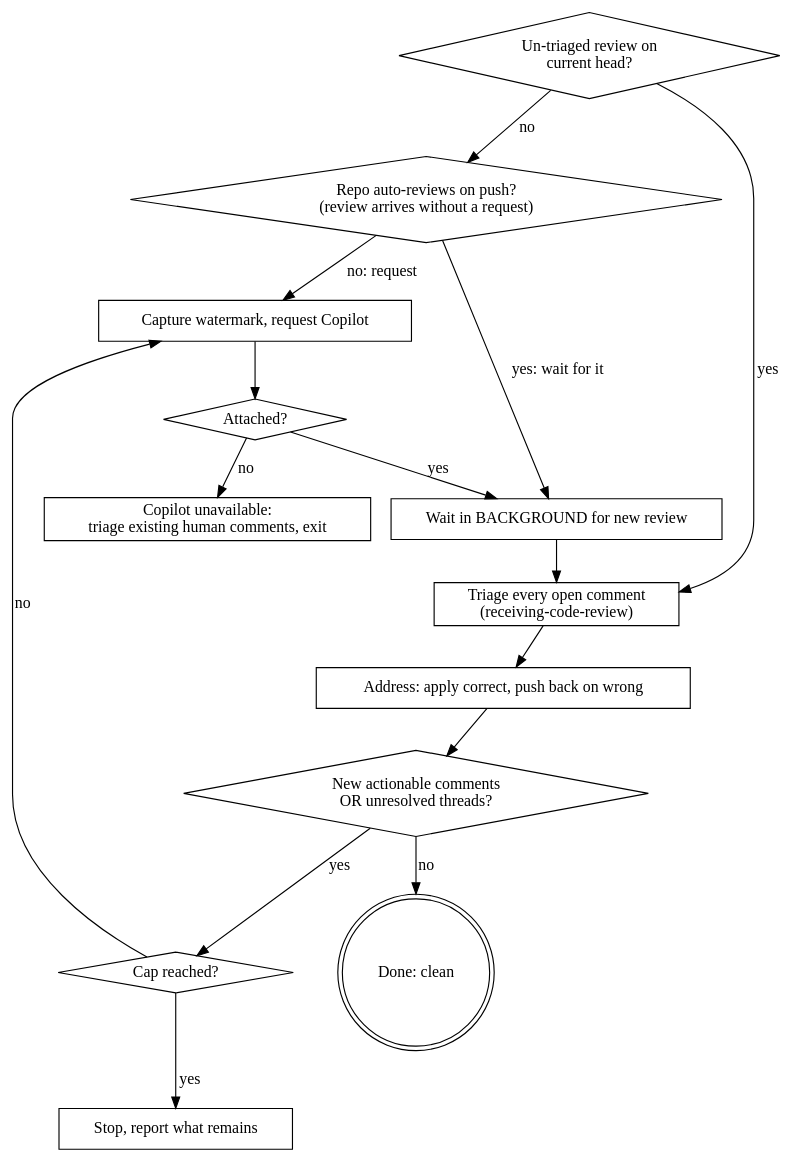
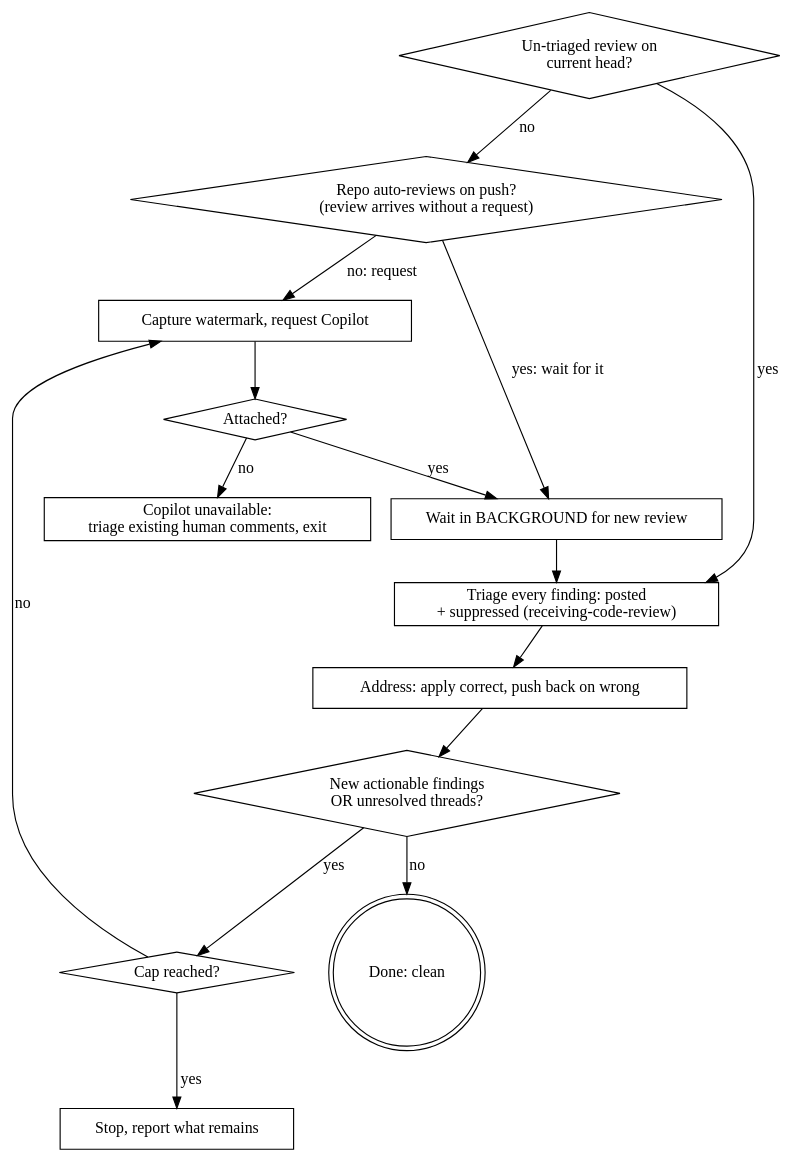
One commit to sourcehawk/feature-dev-workflow changed the diagram in skills/copilot-review-loop/SKILL.md. Above: the diagram before and after it, drawn with Graphviz. The commit also changed other lines of this file, not shown here.

First line of the commit message:
fix(skills/copilot-review-loop): stop declaring clean on unread findings (#32)

````diff
--- a/skills/copilot-review-loop/SKILL.md
+++ b/skills/copilot-review-loop/SKILL.md
@@ -40,31 +61,31 @@
 ```dot
 digraph review_loop {
     "Un-triaged review on\ncurrent head?" [shape=diamond];
     "Repo auto-reviews on push?\n(review arrives without a request)" [shape=diamond];
     "Capture watermark, request Copilot" [shape=box];
     "Attached?" [shape=diamond];
     "Copilot unavailable:\ntriage existing human comments, exit" [shape=box];
     "Wait in BACKGROUND for new review" [shape=box];
-    "Triage every open comment\n(receiving-code-review)" [shape=box];
+    "Triage every finding: posted\n+ suppressed (receiving-code-review)" [shape=box];
     "Address: apply correct, push back on wrong" [shape=box];
-    "New actionable comments\nOR unresolved threads?" [shape=diamond];
+    "New actionable findings\nOR unresolved threads?" [shape=diamond];
     "Cap reached?" [shape=diamond];
     "Done: clean" [shape=doublecircle];
     "Stop, report what remains" [shape=box];
 
-    "Un-triaged review on\ncurrent head?" -> "Triage every open comment\n(receiving-code-review)" [label="yes"];
+    "Un-triaged review on\ncurrent head?" -> "Triage every finding: posted\n+ suppressed (receiving-code-review)" [label="yes"];
     "Un-triaged review on\ncurrent head?" -> "Repo auto-reviews on push?\n(review arrives without a request)" [label="no"];
     "Repo auto-reviews on push?\n(review arrives without a request)" -> "Wait in BACKGROUND for new review" [label="yes: wait for it"];
     "Repo auto-reviews on push?\n(review arrives without a request)" -> "Capture watermark, request Copilot" [label="no: request"];
     "Capture watermark, request Copilot" -> "Attached?";
     "Attached?" -> "Copilot unavailable:\ntriage existing human comments, exit" [label="no"];
     "Attached?" -> "Wait in BACKGROUND for new review" [label="yes"];
-    "Wait in BACKGROUND for new review" -> "Triage every open comment\n(receiving-code-review)";
-    "Triage every open comment\n(receiving-code-review)" -> "Address: apply correct, push back on wrong";
-    "Address: apply correct, push back on wrong" -> "New actionable comments\nOR unresolved threads?";
-    "New actionable comments\nOR unresolved threads?" -> "Cap reached?" [label="yes"];
+    "Wait in BACKGROUND for new review" -> "Triage every finding: posted\n+ suppressed (receiving-code-review)";
+    "Triage every finding: posted\n+ suppressed (receiving-code-review)" -> "Address: apply correct, push back on wrong";
+    "Address: apply correct, push back on wrong" -> "New actionable findings\nOR unresolved threads?";
+    "New actionable findings\nOR unresolved threads?" -> "Cap reached?" [label="yes"];
     "Cap reached?" -> "Capture watermark, request Copilot" [label="no"];
     "Cap reached?" -> "Stop, report what remains" [label="yes"];
-    "New actionable comments\nOR unresolved threads?" -> "Done: clean" [label="no"];
+    "New actionable findings\nOR unresolved threads?" -> "Done: clean" [label="no"];
 }
 ```
````
